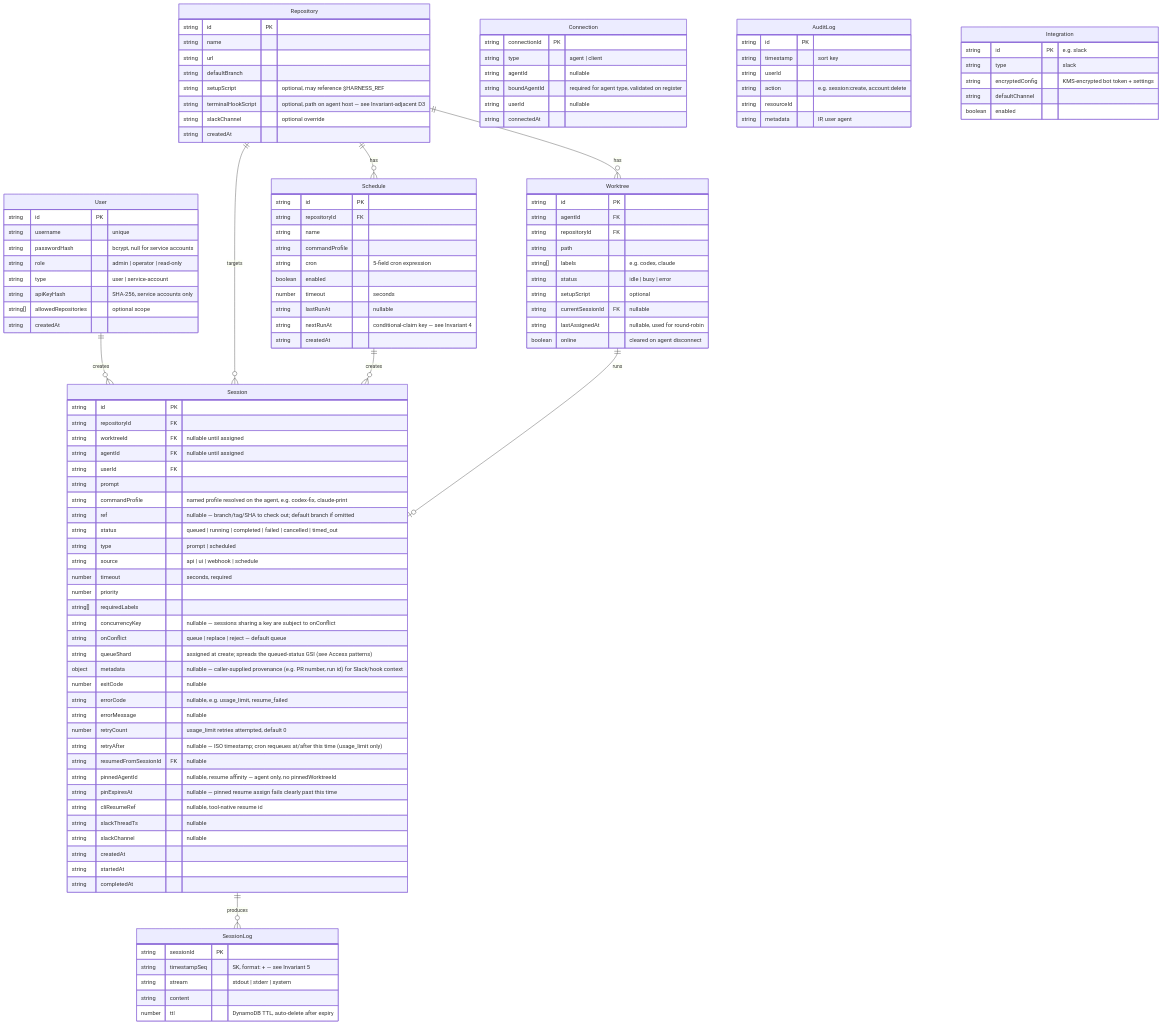
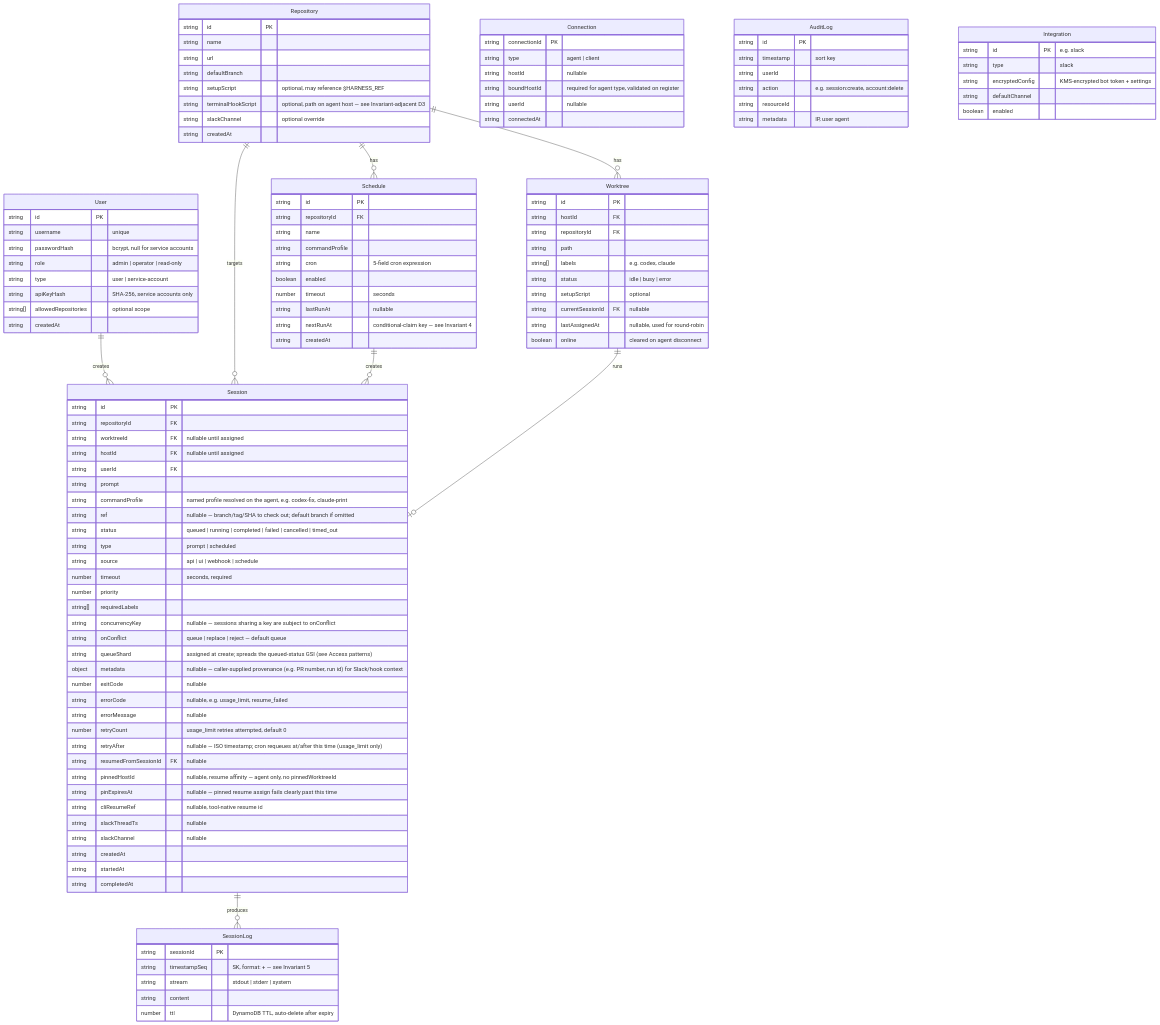
The diagram in docs/plan.md (jonathanong/auto-harness), drawn with Mermaid before and after one commit. The commit also changed other lines of this file and 154 other files, not shown here.

```diff
--- a/docs/plan.md
+++ b/docs/plan.md
@@ -120,7 +120,7 @@
 
     Worktree {
         string id PK
-        string agentId FK
+        string hostId FK
         string repositoryId FK
         string path
         string[] labels "e.g. codex, claude"
@@ -135,7 +135,7 @@
         string id PK
         string repositoryId FK
         string worktreeId FK "nullable until assigned"
-        string agentId FK "nullable until assigned"
+        string hostId FK "nullable until assigned"
         string userId FK
         string prompt
         string commandProfile "named profile resolved on the agent, e.g. codex-fix, claude-print"
@@ -156,7 +156,7 @@
         number retryCount "usage_limit retries attempted, default 0"
         string retryAfter "nullable — ISO timestamp; cron requeues at/after this time (usage_limit only)"
         string resumedFromSessionId FK "nullable"
-        string pinnedAgentId "nullable, resume affinity — agent only, no pinnedWorktreeId"
+        string pinnedHostId "nullable, resume affinity — agent only, no pinnedWorktreeId"
         string pinExpiresAt "nullable — pinned resume assign fails clearly past this time"
         string cliResumeRef "nullable, tool-native resume id"
         string slackThreadTs "nullable"
@@ -190,8 +190,8 @@
     Connection {
         string connectionId PK
         string type "agent | client"
-        string agentId "nullable"
-        string boundAgentId "required for agent type, validated on register"
+        string hostId "nullable"
+        string boundHostId "required for agent type, validated on register"
         string userId "nullable"
         string connectedAt
     }
```
